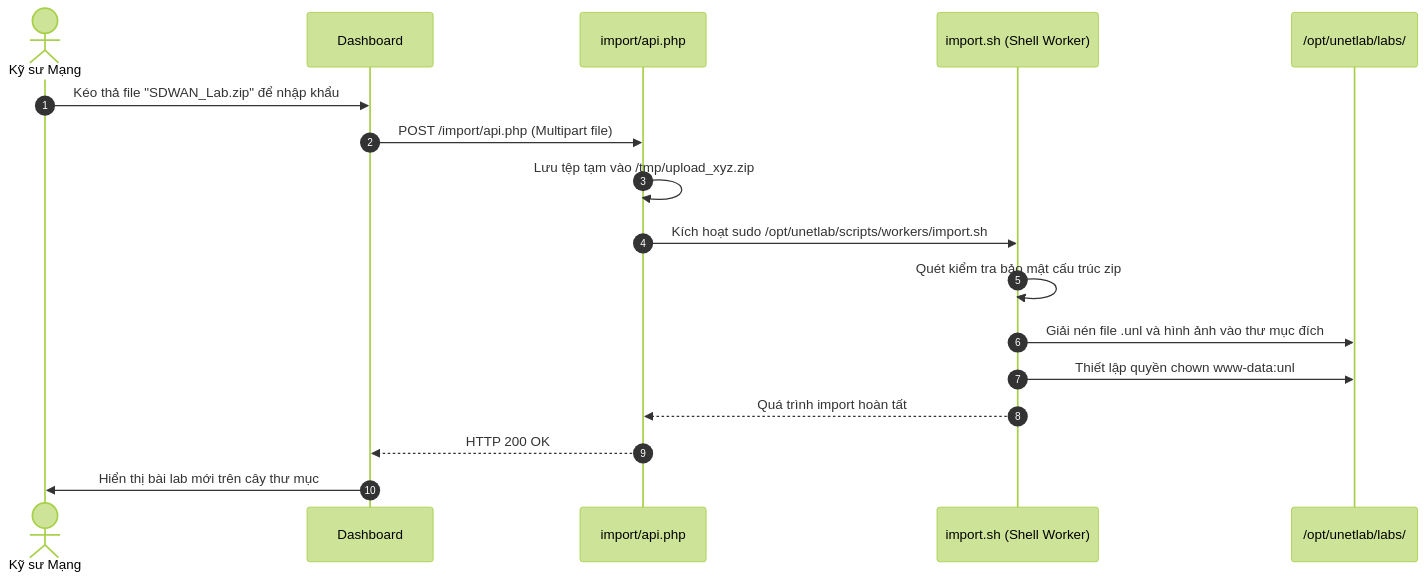
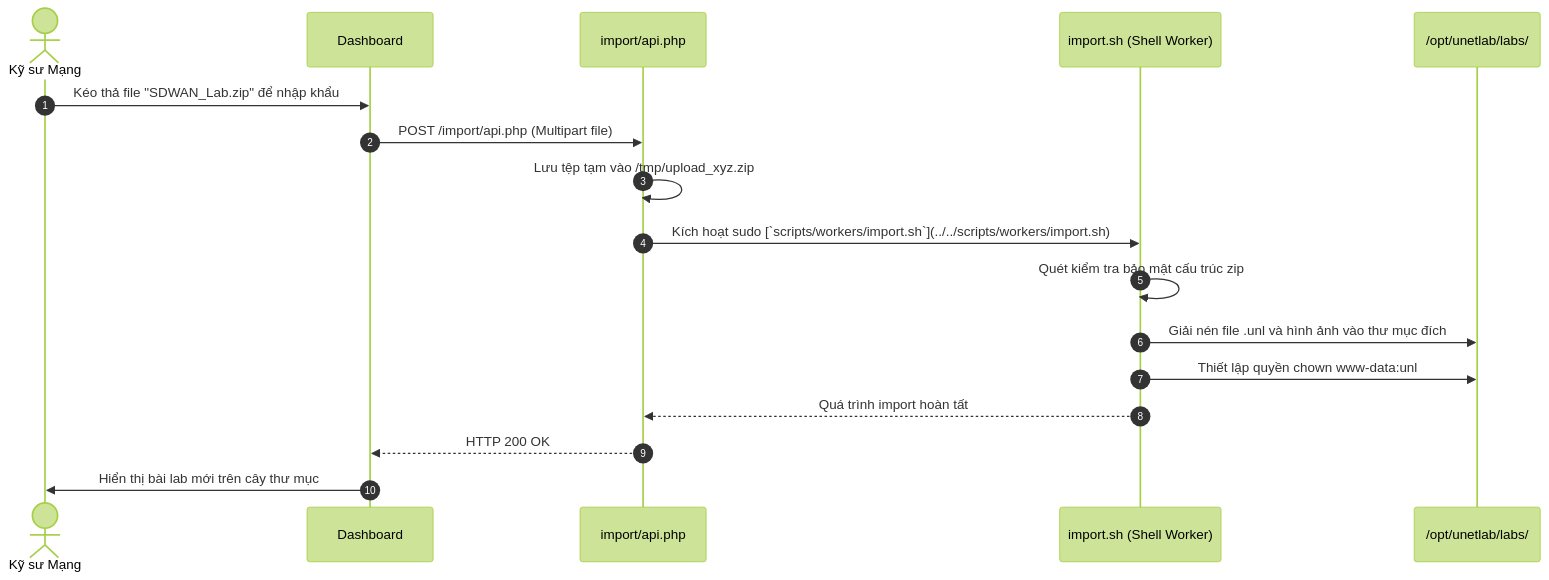
The diagram in docs/03-diagrams/f22-lab-export-import-zip-sequence.md (Luuxinhxinh/pnet-v8), drawn with Mermaid (forest theme) before and after one commit. The commit also changed 92 other files, not shown here.

````diff
--- a/docs/03-diagrams/f22-lab-export-import-zip-sequence.md
+++ b/docs/03-diagrams/f22-lab-export-import-zip-sequence.md
@@ -9,20 +9,20 @@
 ```mermaid
 sequenceDiagram
     autonumber
     actor User as Kỹ sư Mạng
     participant UI as Dashboard
     participant API as import/api.php
     participant Worker as import.sh (Shell Worker)
     participant Storage as /opt/unetlab/labs/
 
     User->>UI: Kéo thả file "SDWAN_Lab.zip" để nhập khẩu
     UI->>API: POST /import/api.php (Multipart file)
     API->>API: Lưu tệp tạm vào /tmp/upload_xyz.zip
-    API->>Worker: Kích hoạt sudo /opt/unetlab/scripts/workers/import.sh
+    API->>Worker: Kích hoạt sudo [`scripts/workers/import.sh`](../../scripts/workers/import.sh)
     Worker->>Worker: Quét kiểm tra bảo mật cấu trúc zip
     Worker->>Storage: Giải nén file .unl và hình ảnh vào thư mục đích
     Worker->>Storage: Thiết lập quyền chown www-data:unl
     Worker-->>API: Quá trình import hoàn tất
     API-->>UI: HTTP 200 OK
     UI->>User: Hiển thị bài lab mới trên cây thư mục
 ```
````
